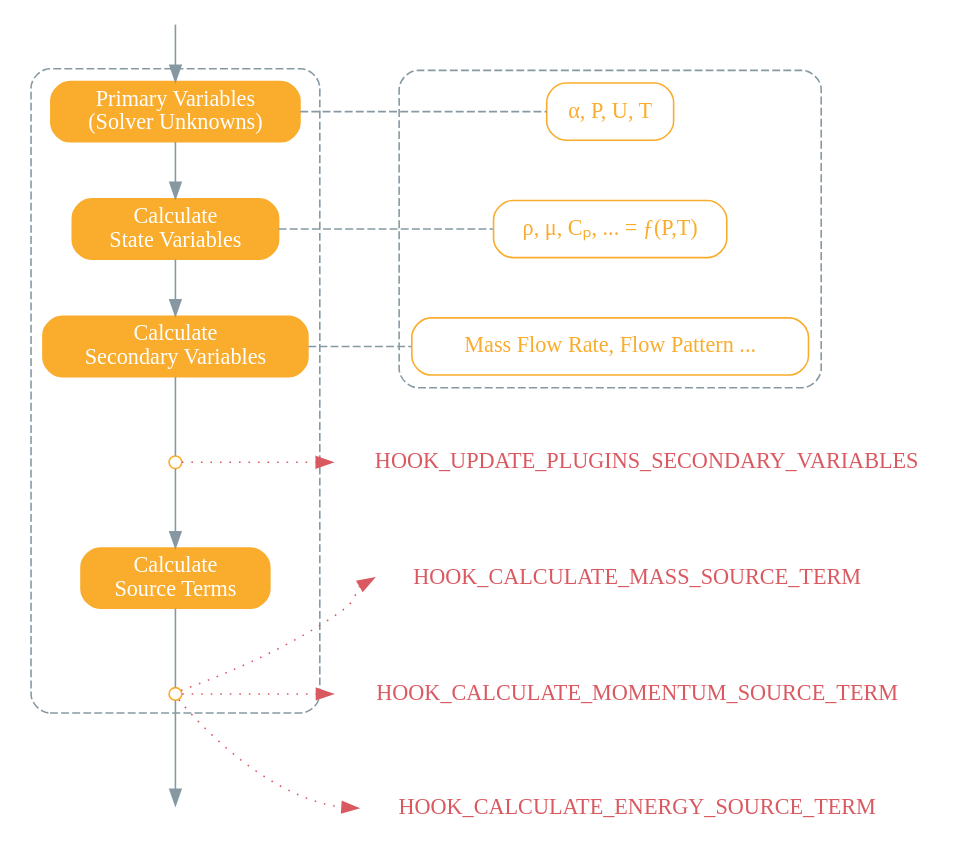
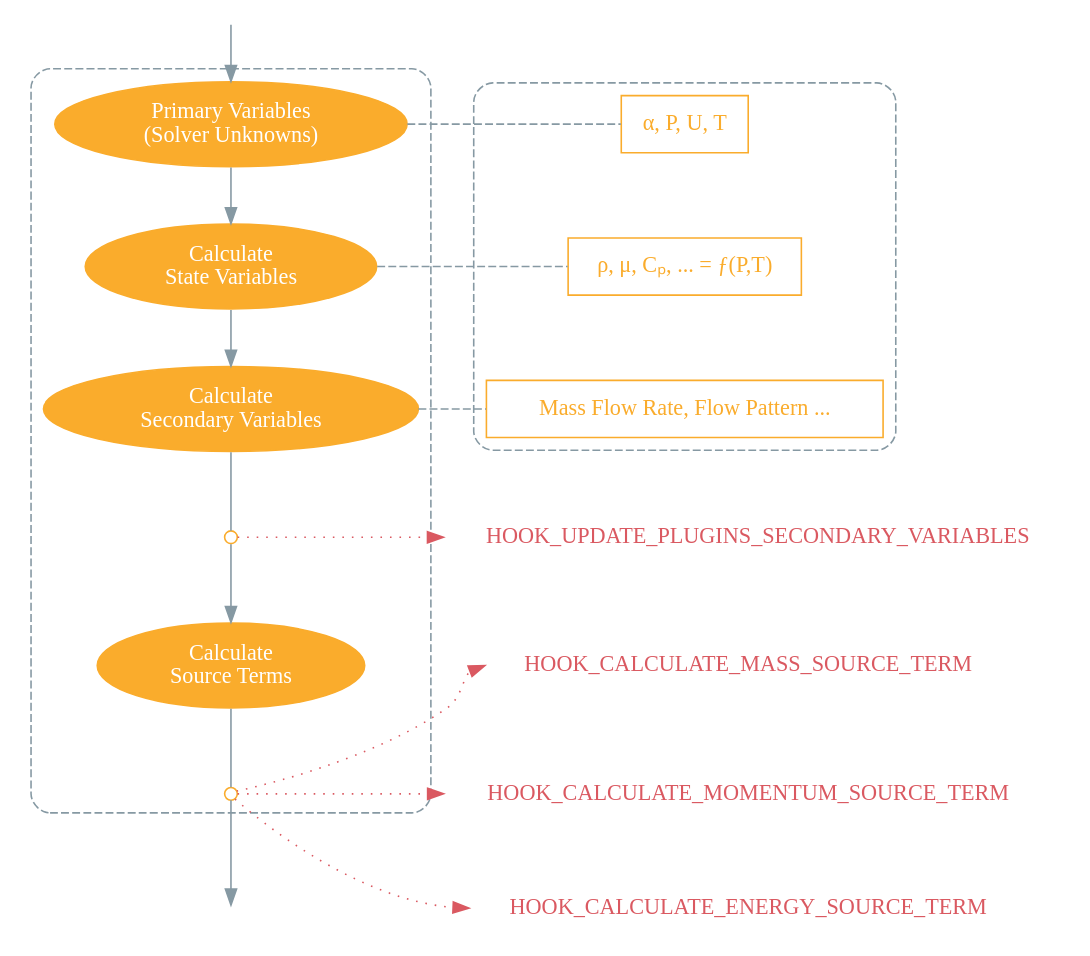
Before and after one commit to ESSS/alfasim-sdk: the diagram in docs/source/_static/graphviz/hydrodynamic_solver.dot, drawn with Graphviz. The commit also changed 3 other files, not shown here.

Commit message:
Update graphviz

```diff
--- a/docs/source/_static/graphviz/hydrodynamic_solver.dot
+++ b/docs/source/_static/graphviz/hydrodynamic_solver.dot
@@ -1,92 +1,72 @@
 digraph {
-    nodesep = 0.9;
-    ratio=autor;
+    nodesep = 0.6;
     newrank=true;
-    node [
-        peripheries="1",
-        fillcolor="#FAAC2C"
-        style="rounded, filled"
-        color="#FAAC2C"
-        fontcolor="#ffffff"
-        shape="rectangular"
-    ];
-    edge [ color="#8699A3" fontcolor="#2c3e50" ];
+    node [fillcolor="#FAAC2C", style="rounded, filled", color="#FAAC2C", fontcolor="#ffffff",  target="_top"]
+    edge [color="#8699A3", fontcolor="#2c3e50"]
 
     hydrodynamic_1 [label="Primary Variables \n (Solver Unknowns)"]
-    hydrodynamic_2 [label="Calculate \n State Variables" URL="../07_workflow.html#state-variable-calculator", target="_top"]
+    hydrodynamic_2 [label="Calculate \n State Variables" URL="../07_workflow.html#state-variable-calculator"]
     hydrodynamic_3 [label="Calculate \n Secondary Variables"]
     hydrodynamic_4 [label="Calculate \n Source Terms"]
 
 
-    // Align Notes
-    subgraph cluster2{
-        labeljust="l"
-        style="rounded, dashed"
-        fontcolor="#2c3e50"
-        color="#8699A3"
-        note_1 [label="α, P, U, T", shape=box, color="#FAAC2C",fillcolor="#FFFFFF", fontcolor="#FAAC2C"]
-        note_2 [label="ρ, μ, Cₚ, ... = ƒ(P,T)", shape=box, color="#FAAC2C",fillcolor="#FFFFFF", fontcolor="#FAAC2C"]
-        note_3 [label="Mass Flow Rate, Flow Pattern ...", shape=box, color="#FAAC2C",fillcolor="#FFFFFF", fontcolor="#FAAC2C"]
-    }
-    hydrodynamic_1 -> note_1 [arrowhead=none, style=dashed, constraint=false,];
-    hydrodynamic_2 -> note_2 [arrowhead=none, style=dashed, constraint=false,];
-    hydrodynamic_3 -> note_3 [arrowhead=none, style=dashed, constraint=false,];
-
-    {rank=same; hydrodynamic_1; note_1}
-    {rank=same; hydrodynamic_2; note_2}
-    {rank=same; hydrodynamic_3; note_3}
-
-    note_1->note_2->note_3[ style = invis ]
-
     invisible_init [shape=point, style=invis]
     invisible_end [shape=point, style=invis]
+    hook_update_variables_point [shape = point, width = 0, peripheries="2"]
+    hook_calculate_source_terms_point [shape = point, width = 0, peripheries="2" ]
+
+    // Align Hooks
+    node[peripheries="0", shape="cds", color="#DA5961", fontcolor="#DA5961", style=""]
+    hook_update_variables [label="HOOK_UPDATE_PLUGINS_SECONDARY_VARIABLES", URL="../06_solver_hooks.html#alfasim_sdk.hook_specs.update_plugins_secondary_variables"]
+
+    hook_calculate_mass_source_terms [label="HOOK_CALCULATE_MASS_SOURCE_TERM", URL="../06_solver_hooks.html#alfasim_sdk.hook_specs.calculate_mass_source_term"]
+    hook_calculate_momentum_source_terms [label="HOOK_CALCULATE_MOMENTUM_SOURCE_TERM", URL="../06_solver_hooks.html#alfasim_sdk.hook_specs.calculate_momentum_source_term"]
+    hook_calculate_energy_source_terms [label="HOOK_CALCULATE_ENERGY_SOURCE_TERM", URL="../06_solver_hooks.html#alfasim_sdk.hook_specs.calculate_energy_source_term"]
+
+    {rank = same; hook_update_variables_point; hook_update_variables        }
+    {rank = same; hook_calculate_source_terms_point; hook_calculate_momentum_source_terms; }
 
     invisible_init -> hydrodynamic_1
     hook_calculate_source_terms_point -> invisible_end ;
-
-    // Align Hooks
-
-    hook_update_variables_point [shape = point, width = 0, peripheries="2"]
-    hook_calculate_source_terms_point [shape = point, width = 0, peripheries="2" ]
-
-    hook_update_variables [peripheries="0"
-        label="HOOK_UPDATE_PLUGINS_SECONDARY_VARIABLES", shape="cds", color="#DA5961", fontcolor="#DA5961", style=""
-        URL="../06_solver_hooks.html#alfasim_sdk.hook_specs.update_plugins_secondary_variables", target="_top"
-    ]
-    subgraph a{
-        rankdir=LR;
-    hook_calculate_mass_source_terms [peripheries="0"
-        label="HOOK_CALCULATE_MASS_SOURCE_TERM", shape="cds", color="#DA5961",  fontcolor="#DA5961" , style=""
-        URL="../06_solver_hooks.html#alfasim_sdk.hook_specs.calculate_mass_source_term", target="_top"
-    ]
-    hook_calculate_momentum_source_terms [peripheries="0"
-        label="HOOK_CALCULATE_MOMENTUM_SOURCE_TERM", shape="cds", color="#DA5961",  fontcolor="#DA5961" , style=""
-        URL="../06_solver_hooks.html#alfasim_sdk.hook_specs.calculate_momentum_source_term", target="_top"
-    ]
-    hook_calculate_energy_source_terms [peripheries="0"
-        label="HOOK_CALCULATE_ENERGY_SOURCE_TERM", shape="cds", color="#DA5961",  fontcolor="#DA5961" , style=""
-        URL="../06_solver_hooks.html#alfasim_sdk.hook_specs.calculate_energy_source_term", target="_top"
-    ]
-    }
-    {rank = same; hook_update_variables_point; hook_update_variables        }
-    {rank = same; hook_calculate_source_terms_point; hook_calculate_momentum_source_terms; }
 
     // Align all hooks
     hook_calculate_mass_source_terms -> hook_calculate_momentum_source_terms -> hook_calculate_energy_source_terms [constraint=true, style=invis]
 
     subgraph cluster1{
         labeljust="l"
         style="rounded, dashed"
         color="#8699A3"
         hydrodynamic_1 -> hydrodynamic_2 -> hydrodynamic_3
         hydrodynamic_3 -> hook_update_variables_point [arrowhead=none, ltail=cluster1]
         hook_update_variables_point -> hydrodynamic_4
         hydrodynamic_4 -> hook_calculate_source_terms_point [arrowhead=none]
     }
     hook_update_variables_point -> hook_update_variables [constraint=false, style=dotted, color="#DA5961"]
 
     hook_calculate_source_terms_point -> hook_calculate_mass_source_terms:w [constraint=false, style=dotted, color="#DA5961"]
     hook_calculate_source_terms_point -> hook_calculate_momentum_source_terms [constraint=false, style=dotted, color="#DA5961"]
     hook_calculate_source_terms_point -> hook_calculate_energy_source_terms:w [constraint=false, style=dotted, color="#DA5961"]
 
+    // Align Notes
+    subgraph cluster2{
+        labeljust="l"
+        style="rounded, dashed"
+        fontcolor="#2c3e50"
+        color="#8699A3"
+
+        node[shape=box, color="#FAAC2C",fillcolor="#FFFFFF", fontcolor="#FAAC2C", peripheries="1" shape="rectangular"]
+        note_1 [label="α, P, U, T"]
+        note_2 [label="ρ, μ, Cₚ, ... = ƒ(P,T)"]
+        note_3 [label="Mass Flow Rate, Flow Pattern ..."]
     }
+
+    {rank=same; hydrodynamic_1; note_1}
+    {rank=same; hydrodynamic_2; note_2}
+    {rank=same; hydrodynamic_3; note_3}
+    note_1->note_2->note_3[ style = invis ]
+
+    edge[arrowhead=none, style=dashed, constraint=false,]
+    hydrodynamic_1 -> note_1
+    hydrodynamic_2 -> note_2
+    hydrodynamic_3 -> note_3
+    }
```
